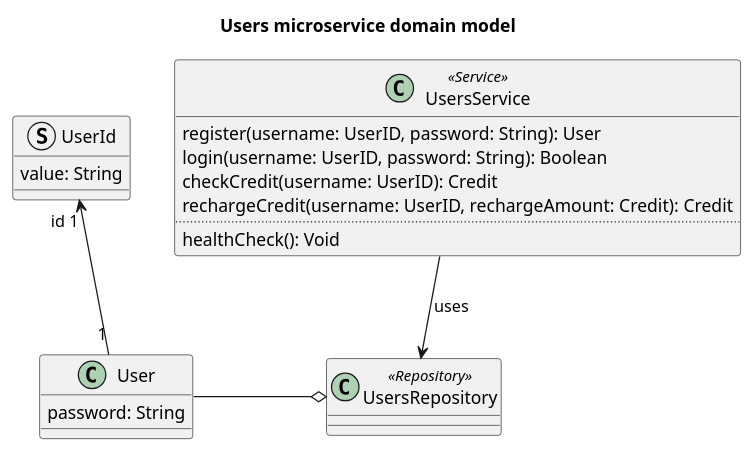
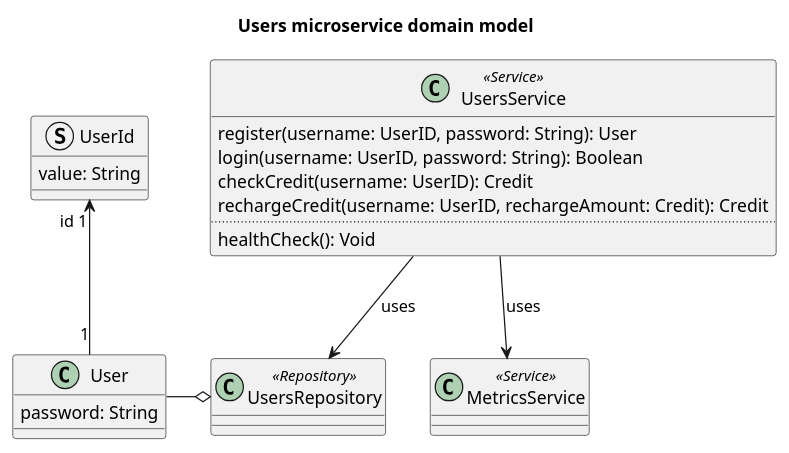
Before and after one commit to Ventus218/SAP-assignment-02: the diagram in doc/diagrams/src/users-microservice-domain-model.puml, drawn with PlantUML. The commit also changed 3 other files, not shown here.

Commit message:
Added Metrics Service to domain model diagrams

```diff
--- a/doc/diagrams/src/users-microservice-domain-model.puml
+++ b/doc/diagrams/src/users-microservice-domain-model.puml
@@ -1,27 +1,30 @@
 @startuml users-microservice-domain-model
 
 title Users microservice domain model
 
 class User {
     password: String
 }
 struct UserId {
     value: String
 }
 User "1" -u-> "id 1" UserId
 
 class UsersRepository <<Repository>>
 UsersRepository o-l- User
 
 class UsersService <<Service>> {
     register(username: UserID, password: String): User
     login(username: UserID, password: String): Boolean
     checkCredit(username: UserID): Credit
     rechargeCredit(username: UserID, rechargeAmount: Credit): Credit
     ..
     healthCheck(): Void
 }
 
 UsersService --> UsersRepository : "uses"
 
+class MetricsService <<Service>>
+UsersService --> MetricsService : "uses"
+
 @enduml
```
